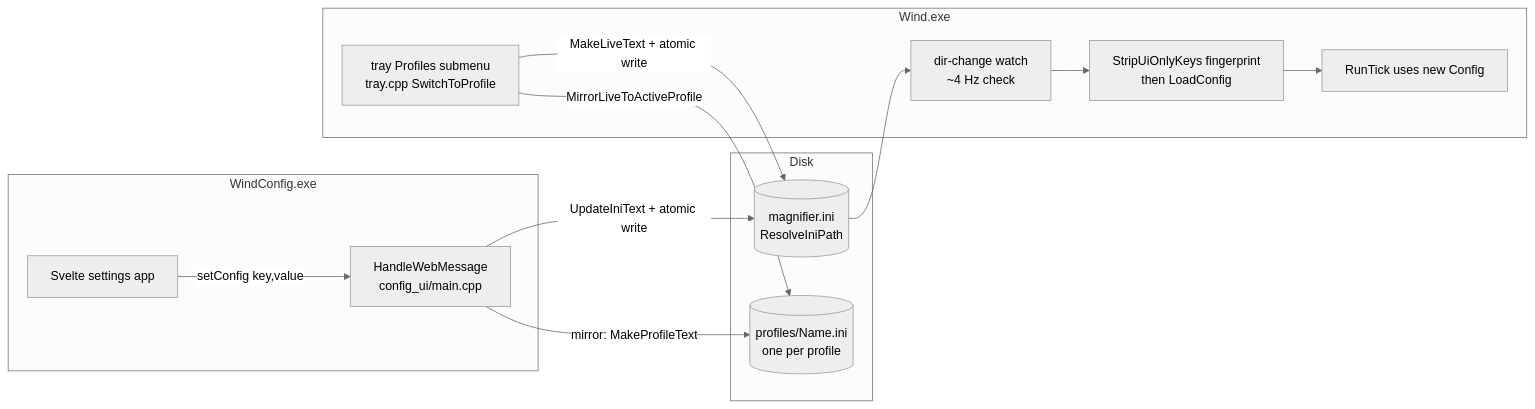
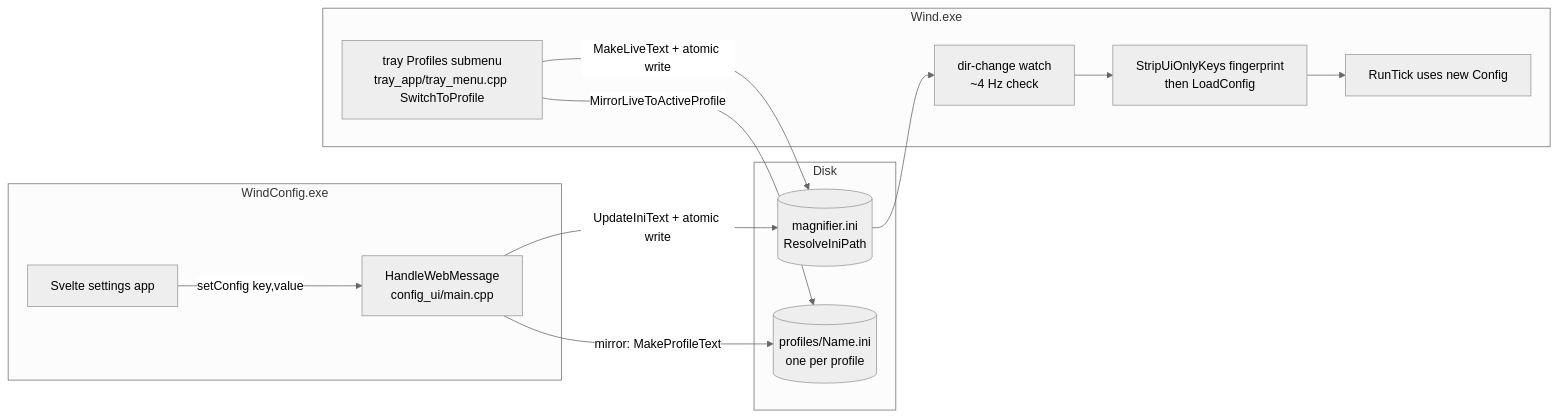
The first of 2 diagrams in docs/architecture/08-config-profiles.md (Maxaubert/Wind), drawn with Mermaid (neutral theme) before and after one commit. The commit also changed other lines of this file and 30 other files, not shown here.

First line of the commit message:
feat(tray): tray icon and menu in a non-UIAccess WindTray.exe (#291) (#292)

````diff
--- a/docs/architecture/08-config-profiles.md
+++ b/docs/architecture/08-config-profiles.md
@@ -29,20 +29,20 @@
 ```mermaid
 flowchart LR
   subgraph config [WindConfig.exe]
     SV[Svelte settings app] -->|setConfig key,value| WM[HandleWebMessage\nconfig_ui/main.cpp]
   end
   subgraph disk [Disk]
     INI[(magnifier.ini\nResolveIniPath)]
     PROF[(profiles/Name.ini\none per profile)]
   end
   subgraph core [Wind.exe]
     WATCH[dir-change watch\n~4 Hz check] --> RELOAD[StripUiOnlyKeys fingerprint\nthen LoadConfig]
     RELOAD --> TICK[RunTick uses new Config]
-    TRAY[tray Profiles submenu\ntray.cpp SwitchToProfile]
+    TRAY[tray Profiles submenu\ntray_app/tray_menu.cpp SwitchToProfile]
   end
   WM -->|UpdateIniText + atomic write| INI
   WM -->|mirror: MakeProfileText| PROF
   TRAY -->|MakeLiveText + atomic write| INI
   TRAY -->|MirrorLiveToActiveProfile| PROF
   INI --> WATCH
 ```
````
